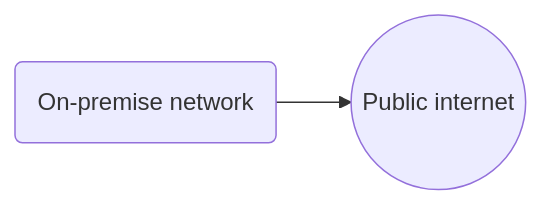
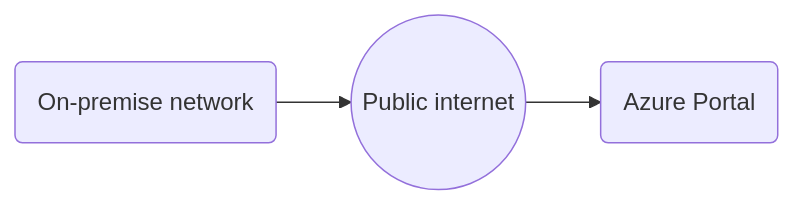
One commit to bigtoga/Examples changed the first of 2 diagrams in Cloud - Azure/Azure Virtual Networks/ExpressRoute.md. Above: the diagram before and after it, drawn with Mermaid.

````diff
--- a/Cloud - Azure/Azure Virtual Networks/ExpressRoute.md
+++ b/Cloud - Azure/Azure Virtual Networks/ExpressRoute.md
@@ -20,4 +20,4 @@
 ```mermaid
 graph LR
-    A(On-premise network) --> B((Public internet))
+    A(On-premise network) --> B((Public internet)) --> C(Azure Portal)
 ```    
````
